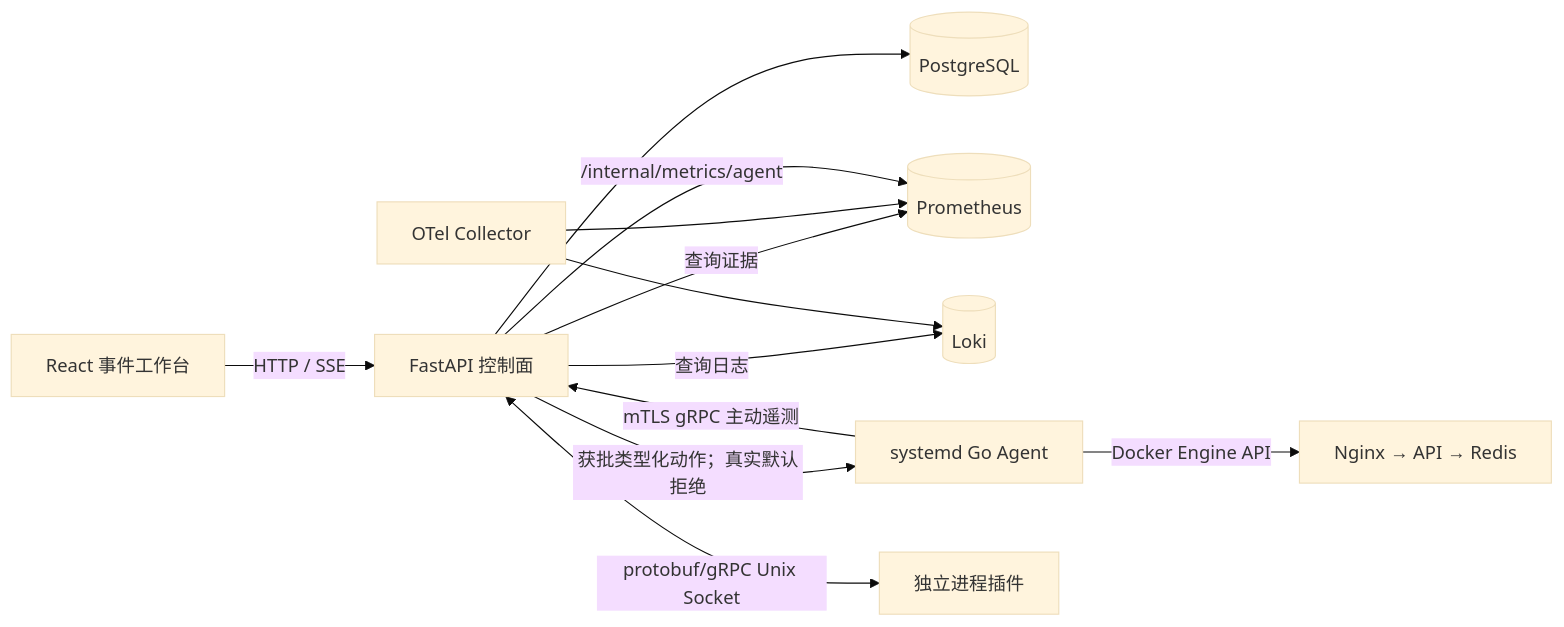
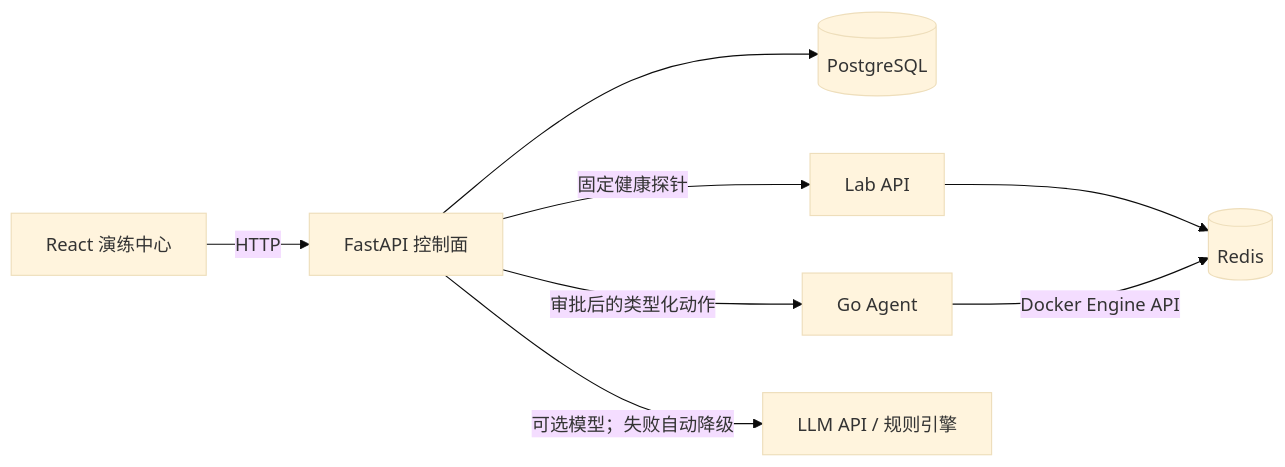
One commit to SSSSS0828/aiops-control-lab changed the diagram in README.md. Above: the diagram before and after it, drawn with Mermaid (base theme). The commit also changed other lines of this file and 23 other files, not shown here.

````diff
--- a/README.md
+++ b/README.md
@@ -64,14 +48,10 @@
 ```mermaid
 flowchart LR
-    UI["React 事件工作台"] -->|"HTTP / SSE"| CP["FastAPI 控制面"]
+    UI["React 演练中心"] -->|"HTTP"| CP["FastAPI 控制面"]
     CP --> PG[("PostgreSQL")]
-    CP -->|"查询证据"| PROM[("Prometheus")]
-    CP -->|"查询日志"| LOKI[("Loki")]
-    OTEL["OTel Collector"] --> PROM
-    OTEL --> LOKI
-    AGENT["systemd Go Agent"] -->|"mTLS gRPC 主动遥测"| CP
-    CP -->|"/internal/metrics/agent"| PROM
-    CP -->|"获批类型化动作；真实默认拒绝"| AGENT
-    AGENT -->|"Docker Engine API"| LAB["Nginx → API → Redis"]
-    CP <-->|"protobuf/gRPC Unix Socket"| PLUGIN["独立进程插件"]
+    CP -->|"固定健康探针"| API["Lab API"]
+    API --> REDIS[("Redis")]
+    CP -->|"审批后的类型化动作"| AGENT["Go Agent"]
+    AGENT -->|"Docker Engine API"| REDIS
+    CP -->|"可选模型；失败自动降级"| LLM["LLM API / 规则引擎"]
 ```
````
